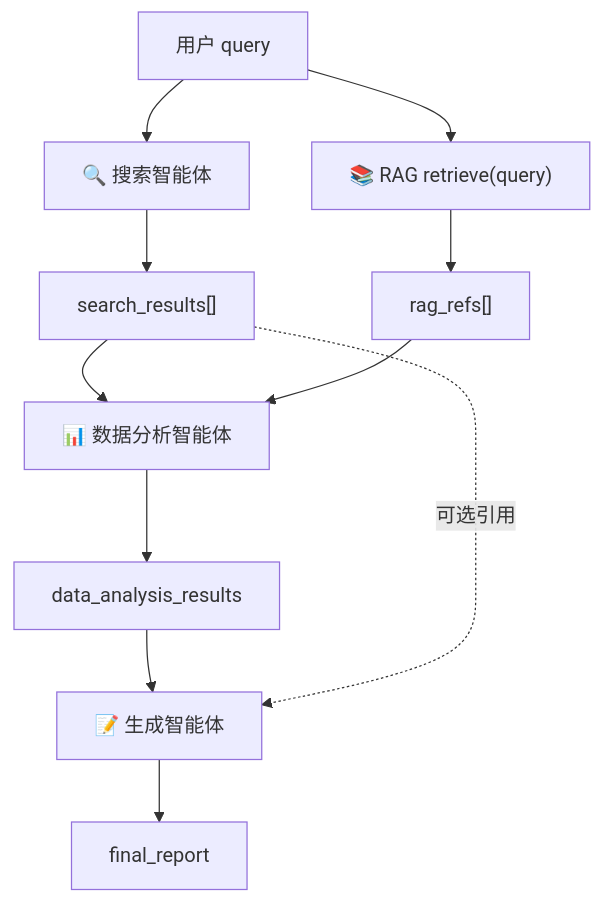
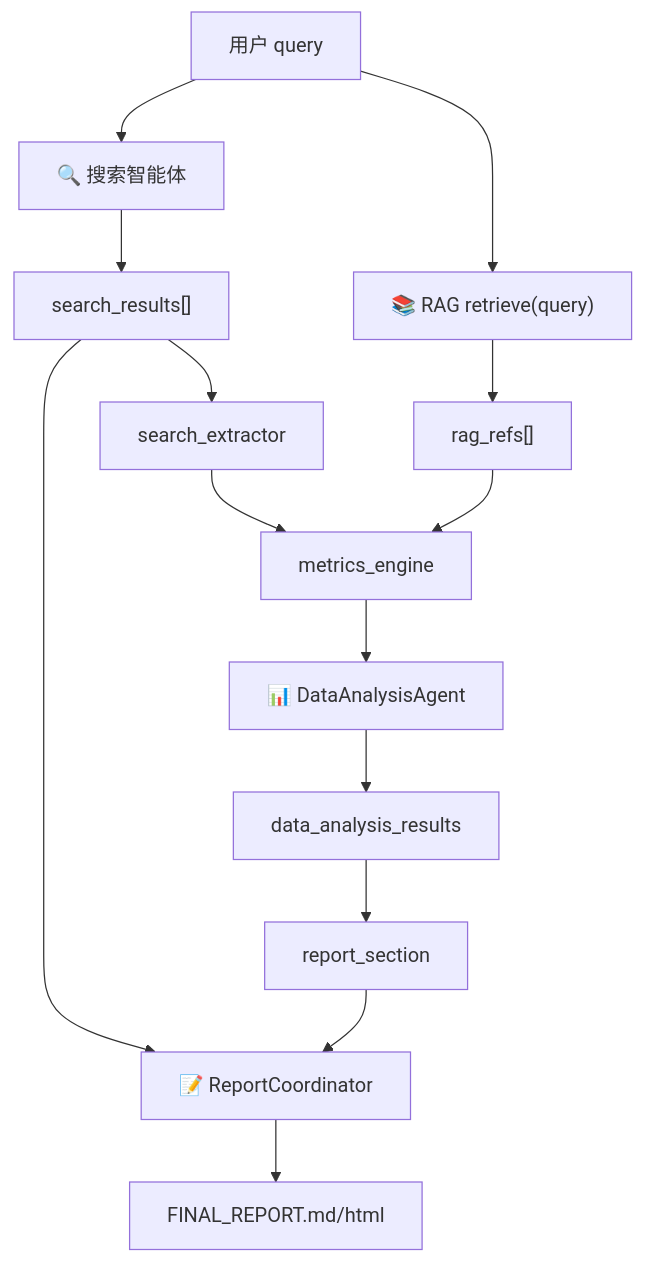
Before and after one commit to Iridescent0914/xunlong-pro: the diagram in docs/金融数据分析流程_lly.md, drawn with Mermaid. The commit also changed other lines of this file and 1 other file, not shown here.

````diff
--- a/docs/金融数据分析流程_lly.md
+++ b/docs/金融数据分析流程_lly.md
@@ -366,23 +392,29 @@
 ```mermaid
 flowchart TB
     Q["用户 query"]
     Search["🔍 搜索智能体"]
     SR["search_results[]"]
     RAG["📚 RAG retrieve(query)"]
     RAGR["rag_refs[]"]
-    DA["📊 数据分析智能体"]
+    EX["search_extractor"]
+    ME["metrics_engine"]
+    DA["📊 DataAnalysisAgent"]
     DAR["data_analysis_results"]
-    Gen["📝 生成智能体"]
-    FR["final_report"]
+    Gen["📝 ReportCoordinator"]
+    RS["report_section"]
+    FR["FINAL_REPORT.md/html"]
 
     Q --> Search
     Search --> SR
     Q --> RAG
     RAG --> RAGR
-    SR --> DA
-    RAGR --> DA
+    SR --> EX
+    EX --> ME
+    RAGR --> ME
+    ME --> DA
     DA --> DAR
-    DAR --> Gen
-    SR -.可选引用.-> Gen
+    DAR --> RS
+    SR --> Gen
+    RS --> Gen
     Gen --> FR
 ```
````
